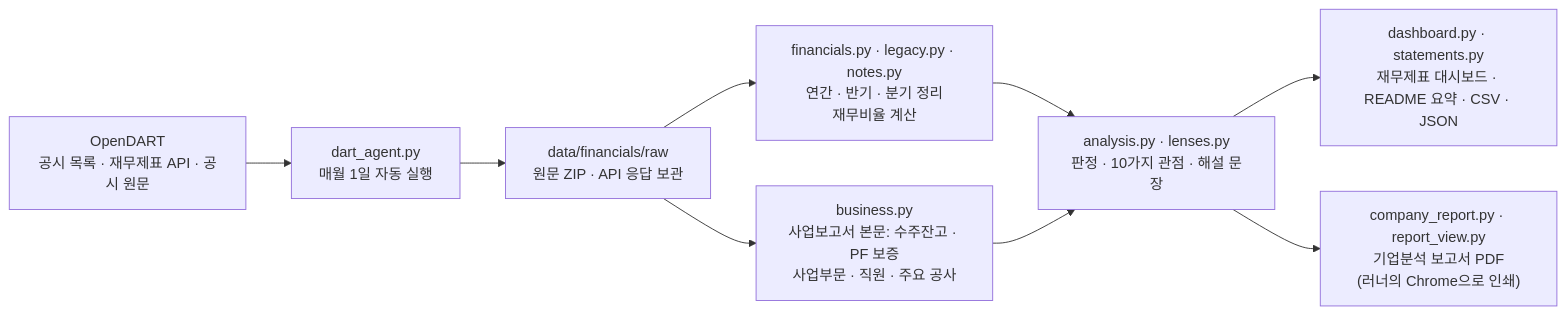
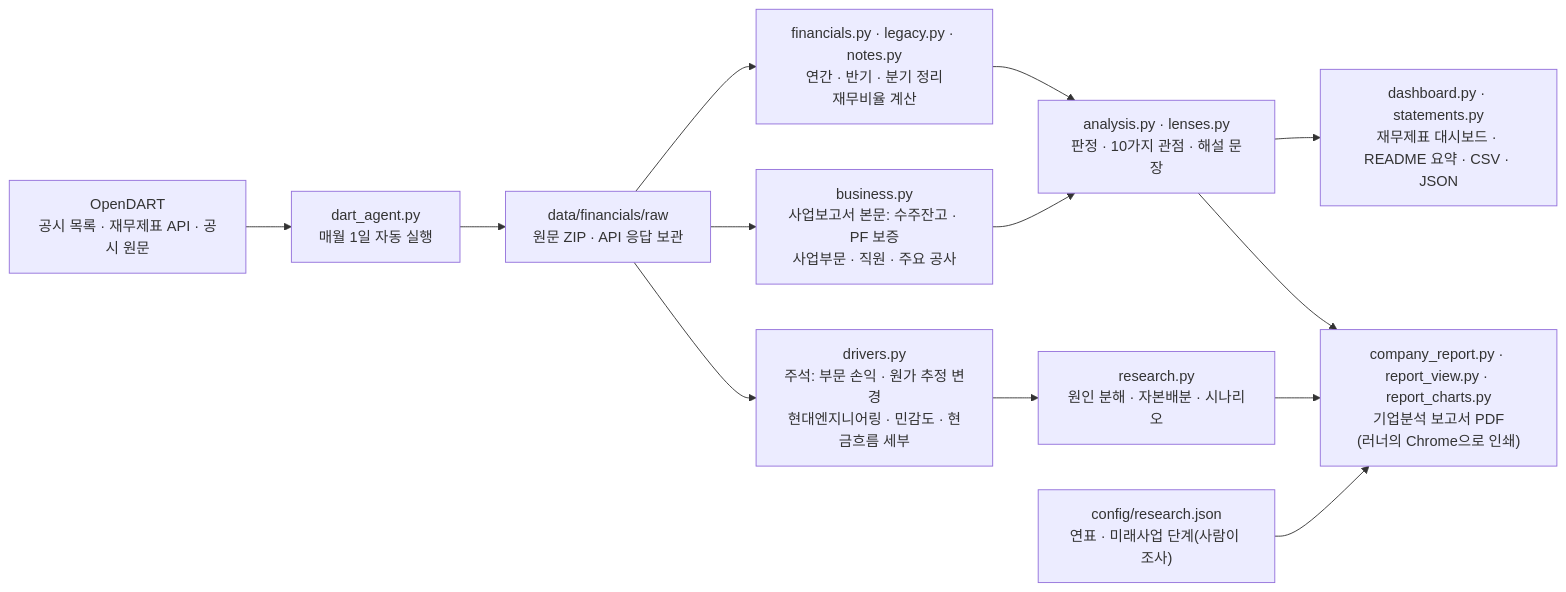
The diagram in README.md (HSC-Class01/KTG_Hyundai), drawn with Mermaid before and after one commit. The commit also changed other lines of this file and 22 other files, not shown here.

First line of the commit message:
Rebuild the company report around the research question

````diff
--- a/README.md
+++ b/README.md
@@ -73,11 +73,15 @@
 ```mermaid
 flowchart LR
   A["OpenDART<br/>공시 목록 · 재무제표 API · 공시 원문"] --> B["dart_agent.py<br/>매월 1일 자동 실행"]
   B --> C["data/financials/raw<br/>원문 ZIP · API 응답 보관"]
   C --> D["financials.py · legacy.py · notes.py<br/>연간 · 반기 · 분기 정리<br/>재무비율 계산"]
   C --> G["business.py<br/>사업보고서 본문: 수주잔고 · PF 보증<br/>사업부문 · 직원 · 주요 공사"]
+  C --> K["drivers.py<br/>주석: 부문 손익 · 원가 추정 변경<br/>현대엔지니어링 · 민감도 · 현금흐름 세부"]
   D --> E["analysis.py · lenses.py<br/>판정 · 10가지 관점 · 해설 문장"]
   G --> E
+  K --> R["research.py<br/>원인 분해 · 자본배분 · 시나리오"]
   E --> F["dashboard.py · statements.py<br/>재무제표 대시보드 · README 요약 · CSV · JSON"]
-  E --> H["company_report.py · report_view.py<br/>기업분석 보고서 PDF<br/>(러너의 Chrome으로 인쇄)"]
+  E --> H["company_report.py · report_view.py · report_charts.py<br/>기업분석 보고서 PDF<br/>(러너의 Chrome으로 인쇄)"]
+  R --> H
+  J["config/research.json<br/>연표 · 미래사업 단계(사람이 조사)"] --> H
 ```
````
